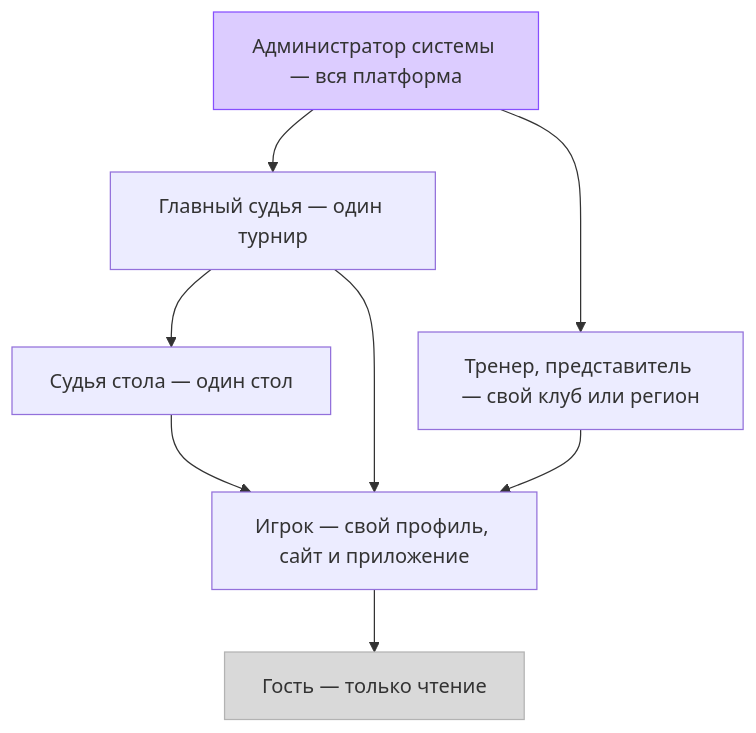
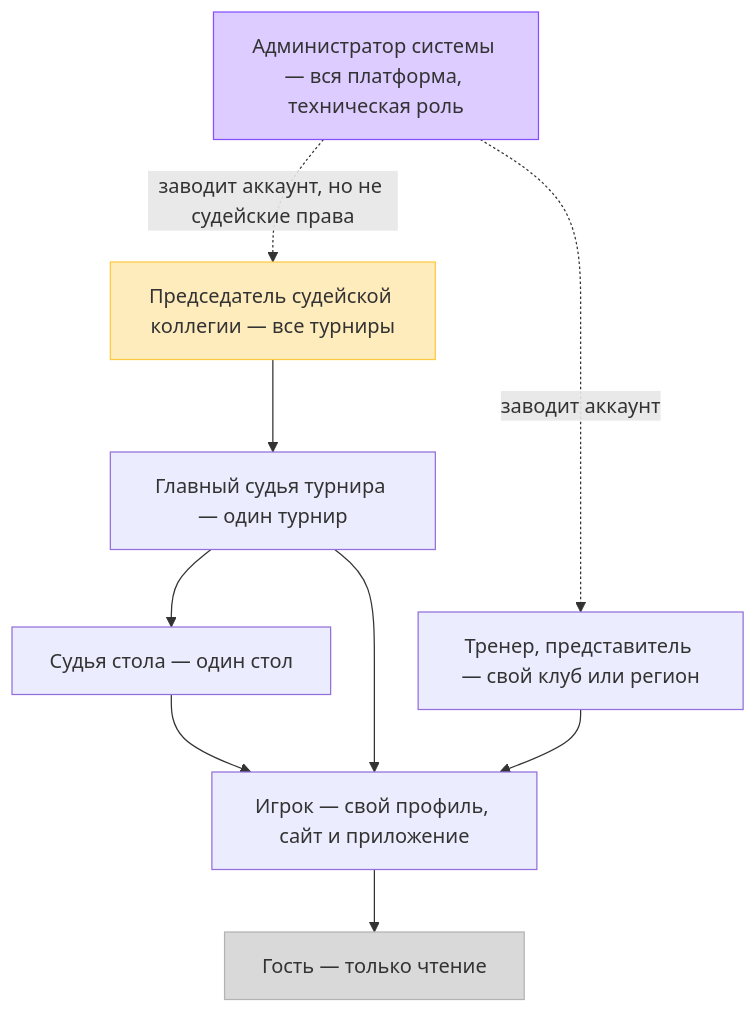
Before and after one commit to AssylanAkhanuly/tt_tournament: the first of 11 diagrams in USERFLOW.md, drawn with Mermaid. The commit also changed other lines of this file and 3 other files, not shown here.

````diff
--- a/USERFLOW.md
+++ b/USERFLOW.md
@@ -76,20 +88,23 @@
 ```mermaid
 flowchart TD
-    adm["Администратор системы — вся платформа"]
-    gs["Главный судья — один турнир"]
+    adm["Администратор системы — вся платформа, техническая роль"]
+    psk["Председатель судейской коллегии — все турниры"]
+    gs["Главный судья турнира — один турнир"]
     tr["Тренер, представитель — свой клуб или регион"]
     ss["Судья стола — один стол"]
     ig["Игрок — свой профиль, сайт и приложение"]
     go["Гость — только чтение"]
 
-    adm --> gs
-    adm --> tr
+    adm -.->|"заводит аккаунт, но не судейские права"| psk
+    adm -.->|"заводит аккаунт"| tr
+    psk --> gs
     gs --> ss
     gs --> ig
     tr --> ig
     ss --> ig
     ig --> go
 
     style adm fill:#DCCCFF,stroke:#874FFF
+    style psk fill:#FFECBD,stroke:#FFC943
     style go fill:#D9D9D9,stroke:#B3B3B3
 ```
````
